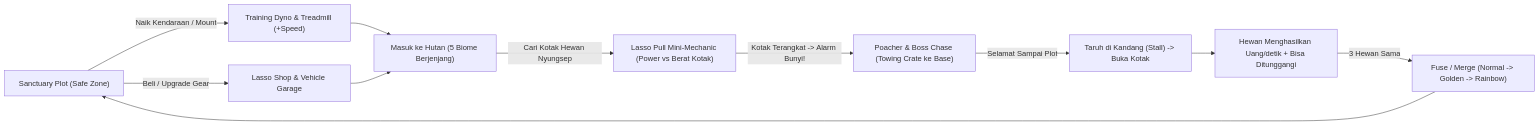
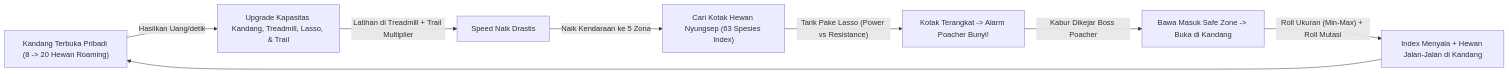
Before and after one commit to MyusiZ3/StealStealan: the first of 2 diagrams in docs/GAME_DESIGN_AND_ARCHITECTURE.md, drawn with Mermaid. The commit also changed other lines of this file and 30 other files, not shown here.

Commit message:
feat: implement open-pen zoo, 63 index, 10 lassos/trails, UI overhaul, treadmill, knockback crate drop, and admin panel

````diff
--- a/docs/GAME_DESIGN_AND_ARCHITECTURE.md
+++ b/docs/GAME_DESIGN_AND_ARCHITECTURE.md
@@ -35,13 +35,10 @@
 ```mermaid
 flowchart LR
-    A["Sanctuary Plot (Safe Zone)"] -->|"Naik Kendaraan / Mount"| B["Training Dyno & Treadmill (+Speed)"]
-    A -->|"Beli / Upgrade Gear"| C["Lasso Shop & Vehicle Garage"]
-    B --> D["Masuk ke Hutan (5 Biome Berjenjang)"]
-    C --> D
-    D -->|"Cari Kotak Hewan Nyungsep"| E["Lasso Pull Mini-Mechanic (Power vs Berat Kotak)"]
-    E -->|"Kotak Terangkat -> Alarm Bunyi!"| F["Poacher & Boss Chase (Towing Crate ke Base)"]
-    F -->|"Selamat Sampai Plot"| G["Taruh di Kandang (Stall) -> Buka Kotak"]
-    G --> H["Hewan Menghasilkan Uang/detik + Bisa Ditunggangi"]
-    H -->|"3 Hewan Sama"| I["Fuse / Merge (Normal -> Golden -> Rainbow)"]
-    I --> A
+    A["Kandang Terbuka Pribadi (8 -> 20 Hewan Roaming)"] -->|"Hasilkan Uang/detik"| B["Upgrade Kapasitas Kandang, Treadmill, Lasso, & Trail"]
+    B -->|"Latihan di Treadmill + Trail Multiplier"| C["Speed Naik Drastis"]
+    C -->|"Naik Kendaraan ke 5 Zona"| D["Cari Kotak Hewan Nyungsep (63 Spesies Index)"]
+    D -->|"Tarik Pake Lasso (Power vs Resistance)"| E["Kotak Terangkat -> Alarm Poacher Bunyi!"]
+    E -->|"Kabur Dikejar Boss Poacher"| F["Bawa Masuk Safe Zone -> Buka di Kandang"]
+    F -->|"Roll Ukuran (Min-Max) + Roll Mutasi"| G["Index Menyala + Hewan Jalan-Jalan di Kandang"]
+    G --> A
 ```
````
